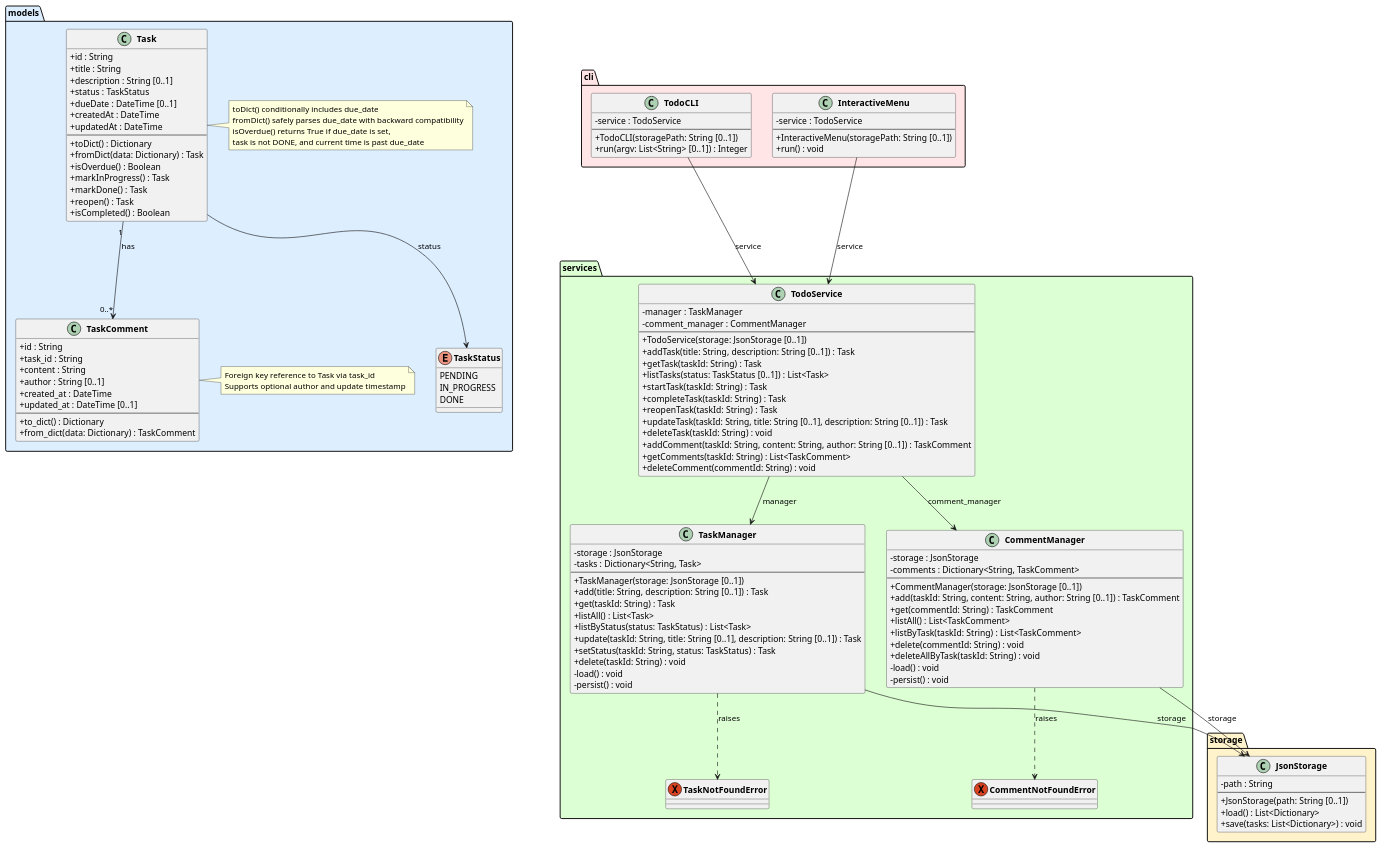
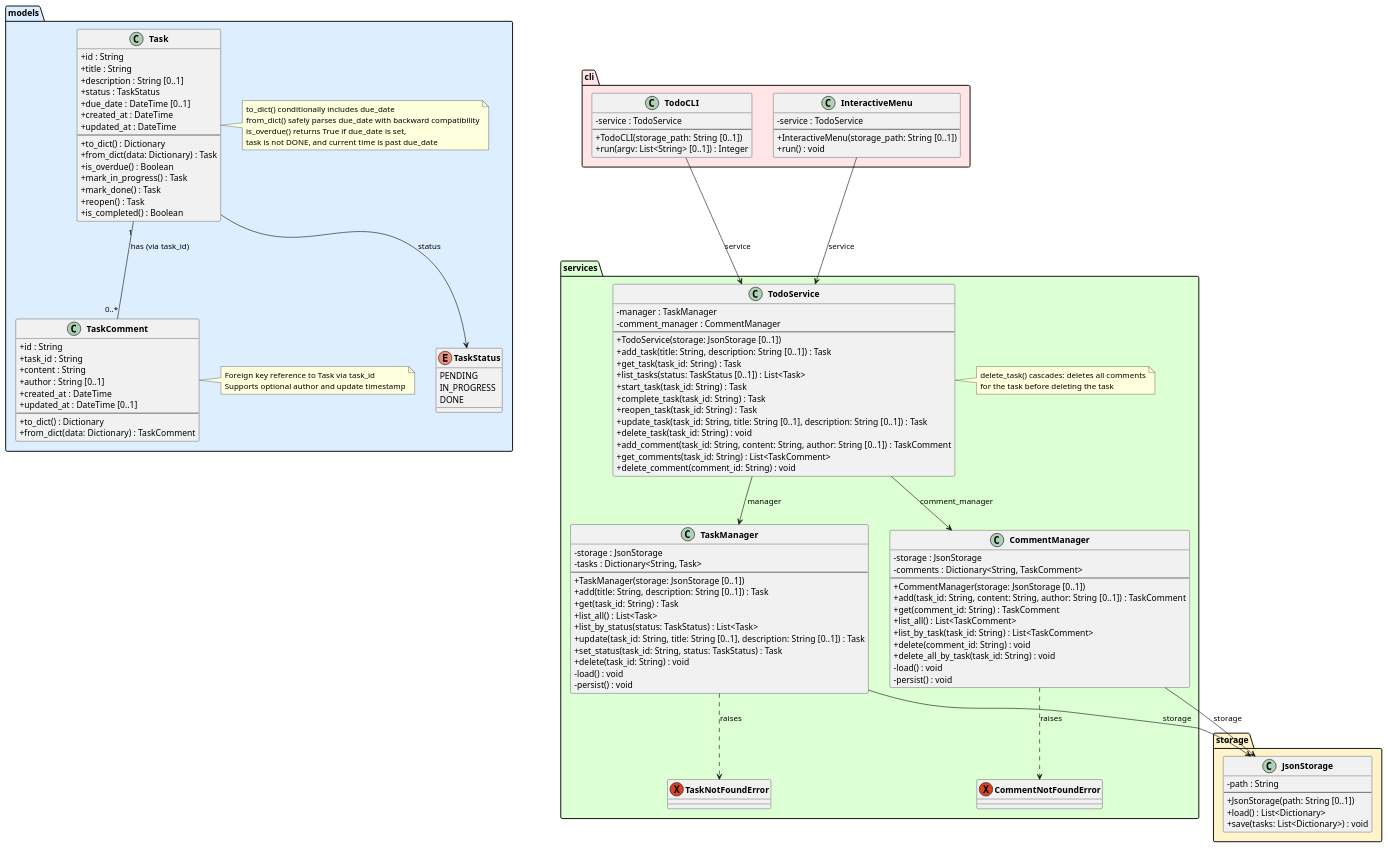
One commit to DanielRiha8906/Software_autoevolution_using_agents changed the diagram in experiments/pipeline/structured_text/TODO/artifacts/class_diagram.puml. Above: the diagram before and after it, drawn with PlantUML. The commit also changed 4 other files, not shown here.

First line of the commit message:
Task 04: Fix CommentManager custom storage path bug and update diagrams

```diff
--- a/experiments/pipeline/structured_text/TODO/artifacts/class_diagram.puml
+++ b/experiments/pipeline/structured_text/TODO/artifacts/class_diagram.puml
@@ -1,145 +1,149 @@
 @startuml class_diagram
 
 skinparam classAttributeIconSize 0
 skinparam classFontStyle bold
 
 package "models" #DDEEFF {
     enum TaskStatus {
         PENDING
         IN_PROGRESS
         DONE
     }
 
     class Task {
         +id : String
         +title : String
         +description : String [0..1]
         +status : TaskStatus
-        +dueDate : DateTime [0..1]
-        +createdAt : DateTime
-        +updatedAt : DateTime
+        +due_date : DateTime [0..1]
+        +created_at : DateTime
+        +updated_at : DateTime
         --
-        +toDict() : Dictionary
-        +fromDict(data: Dictionary) : Task
-        +isOverdue() : Boolean
-        +markInProgress() : Task
-        +markDone() : Task
+        +to_dict() : Dictionary
+        +from_dict(data: Dictionary) : Task
+        +is_overdue() : Boolean
+        +mark_in_progress() : Task
+        +mark_done() : Task
         +reopen() : Task
-        +isCompleted() : Boolean
+        +is_completed() : Boolean
     }
     note right of Task
-        toDict() conditionally includes due_date
-        fromDict() safely parses due_date with backward compatibility
-        isOverdue() returns True if due_date is set,
+        to_dict() conditionally includes due_date
+        from_dict() safely parses due_date with backward compatibility
+        is_overdue() returns True if due_date is set,
         task is not DONE, and current time is past due_date
     end note
 
     class TaskComment {
         +id : String
         +task_id : String
         +content : String
         +author : String [0..1]
         +created_at : DateTime
         +updated_at : DateTime [0..1]
         --
         +to_dict() : Dictionary
         +from_dict(data: Dictionary) : TaskComment
     }
+    Task "1" -- "0..*" TaskComment : "has (via task_id)"
     note right of TaskComment
         Foreign key reference to Task via task_id
         Supports optional author and update timestamp
     end note
 }
 
 package "storage" #FFF3CC {
     class JsonStorage {
         -path : String
         --
         +JsonStorage(path: String [0..1])
         +load() : List<Dictionary>
         +save(tasks: List<Dictionary>) : void
     }
 }
 
 package "services" #DDFFD4 {
     exception TaskNotFoundError
     exception CommentNotFoundError
 
     class TaskManager {
         -storage : JsonStorage
         -tasks : Dictionary<String, Task>
         --
         +TaskManager(storage: JsonStorage [0..1])
         +add(title: String, description: String [0..1]) : Task
-        +get(taskId: String) : Task
-        +listAll() : List<Task>
-        +listByStatus(status: TaskStatus) : List<Task>
-        +update(taskId: String, title: String [0..1], description: String [0..1]) : Task
-        +setStatus(taskId: String, status: TaskStatus) : Task
-        +delete(taskId: String) : void
+        +get(task_id: String) : Task
+        +list_all() : List<Task>
+        +list_by_status(status: TaskStatus) : List<Task>
+        +update(task_id: String, title: String [0..1], description: String [0..1]) : Task
+        +set_status(task_id: String, status: TaskStatus) : Task
+        +delete(task_id: String) : void
         -load() : void
         -persist() : void
     }
 
     class CommentManager {
         -storage : JsonStorage
         -comments : Dictionary<String, TaskComment>
         --
         +CommentManager(storage: JsonStorage [0..1])
-        +add(taskId: String, content: String, author: String [0..1]) : TaskComment
-        +get(commentId: String) : TaskComment
-        +listAll() : List<TaskComment>
-        +listByTask(taskId: String) : List<TaskComment>
-        +delete(commentId: String) : void
-        +deleteAllByTask(taskId: String) : void
+        +add(task_id: String, content: String, author: String [0..1]) : TaskComment
+        +get(comment_id: String) : TaskComment
+        +list_all() : List<TaskComment>
+        +list_by_task(task_id: String) : List<TaskComment>
+        +delete(comment_id: String) : void
+        +delete_all_by_task(task_id: String) : void
         -load() : void
         -persist() : void
     }
 
     class TodoService {
         -manager : TaskManager
         -comment_manager : CommentManager
         --
         +TodoService(storage: JsonStorage [0..1])
-        +addTask(title: String, description: String [0..1]) : Task
-        +getTask(taskId: String) : Task
-        +listTasks(status: TaskStatus [0..1]) : List<Task>
-        +startTask(taskId: String) : Task
-        +completeTask(taskId: String) : Task
-        +reopenTask(taskId: String) : Task
-        +updateTask(taskId: String, title: String [0..1], description: String [0..1]) : Task
-        +deleteTask(taskId: String) : void
-        +addComment(taskId: String, content: String, author: String [0..1]) : TaskComment
-        +getComments(taskId: String) : List<TaskComment>
-        +deleteComment(commentId: String) : void
+        +add_task(title: String, description: String [0..1]) : Task
+        +get_task(task_id: String) : Task
+        +list_tasks(status: TaskStatus [0..1]) : List<Task>
+        +start_task(task_id: String) : Task
+        +complete_task(task_id: String) : Task
+        +reopen_task(task_id: String) : Task
+        +update_task(task_id: String, title: String [0..1], description: String [0..1]) : Task
+        +delete_task(task_id: String) : void
+        +add_comment(task_id: String, content: String, author: String [0..1]) : TaskComment
+        +get_comments(task_id: String) : List<TaskComment>
+        +delete_comment(comment_id: String) : void
     }
+    note right of TodoService
+        delete_task() cascades: deletes all comments
+        for the task before deleting the task
+    end note
 }
 
 package "cli" #FFE5E5 {
     class TodoCLI {
         -service : TodoService
         --
-        +TodoCLI(storagePath: String [0..1])
+        +TodoCLI(storage_path: String [0..1])
         +run(argv: List<String> [0..1]) : Integer
     }
 
     class InteractiveMenu {
         -service : TodoService
         --
-        +InteractiveMenu(storagePath: String [0..1])
+        +InteractiveMenu(storage_path: String [0..1])
         +run() : void
     }
 }
 
 Task --> TaskStatus : status
-Task "1" --> "0..*" TaskComment : has
 TaskManager --> JsonStorage : storage
 TaskManager ..> TaskNotFoundError : raises
 CommentManager --> JsonStorage : storage
 CommentManager ..> CommentNotFoundError : raises
 TodoService --> TaskManager : manager
 TodoService --> CommentManager : comment_manager
 TodoCLI --> TodoService : service
 InteractiveMenu --> TodoService : service
 
 @enduml
```
